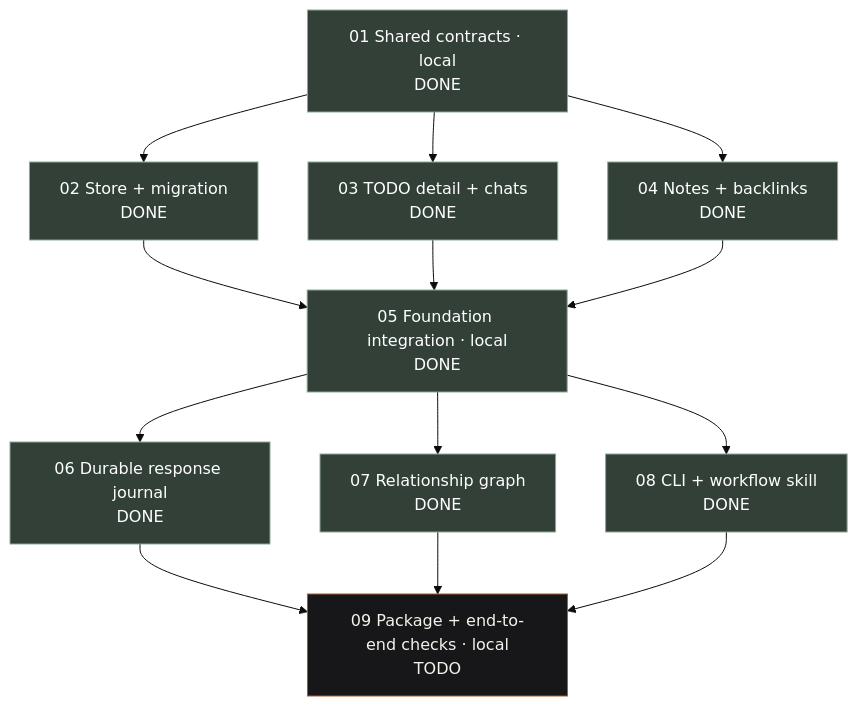
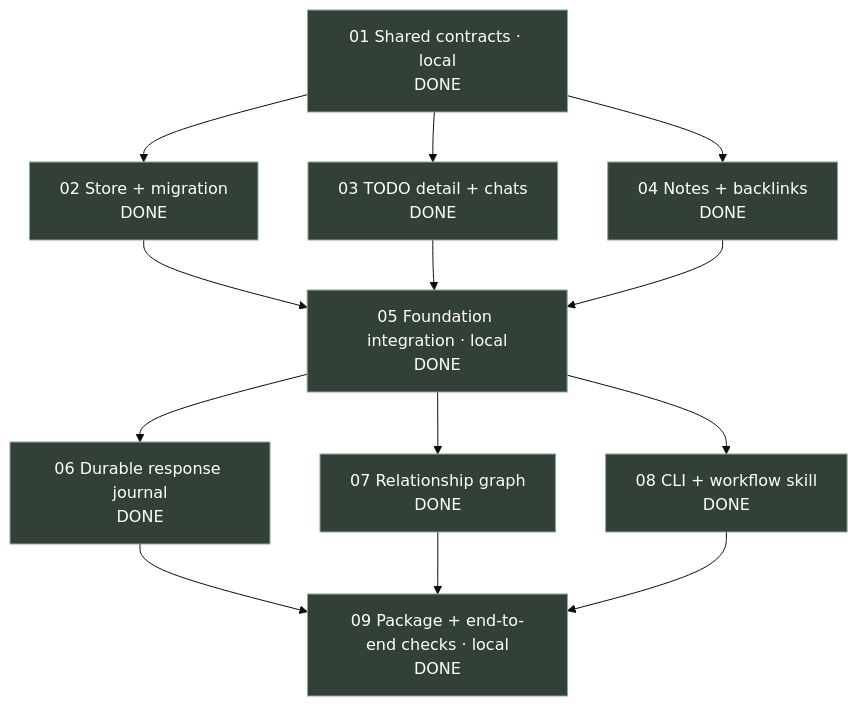
Before and after one commit to vatsalsaglani/Cider: the diagram in docs/plans/linked-work/00-overview.md, drawn with Mermaid (base theme). The commit also changed other lines of this file and 23 other files, not shown here.

````diff
--- a/docs/plans/linked-work/00-overview.md
+++ b/docs/plans/linked-work/00-overview.md
@@ -38,27 +38,27 @@
 ```mermaid
 flowchart TD
     P01["01 Shared contracts · local<br/>DONE"]:::done
     P02["02 Store + migration<br/>DONE"]:::done
     P03["03 TODO detail + chats<br/>DONE"]:::done
     P04["04 Notes + backlinks<br/>DONE"]:::done
     P05["05 Foundation integration · local<br/>DONE"]:::done
     P06["06 Durable response journal<br/>DONE"]:::done
     P07["07 Relationship graph<br/>DONE"]:::done
     P08["08 CLI + workflow skill<br/>DONE"]:::done
-    P09["09 Package + end-to-end checks · local<br/>TODO"]:::todo
+    P09["09 Package + end-to-end checks · local<br/>DONE"]:::done
     P01 --> P02
     P01 --> P03
     P01 --> P04
     P02 --> P05
     P03 --> P05
     P04 --> P05
     P05 --> P06
     P05 --> P07
     P05 --> P08
     P06 --> P09
     P07 --> P09
     P08 --> P09
     classDef todo fill:#171719,color:#f5f2eb,stroke:#a45d2e
     classDef inprogress fill:#7d3b12,color:#fff,stroke:#ff8b38
     classDef done fill:#324038,color:#fff,stroke:#8ca996
 ```
````
